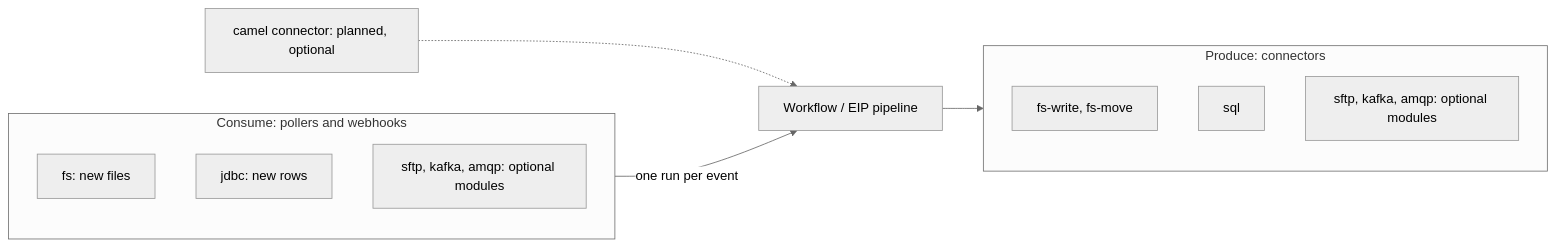
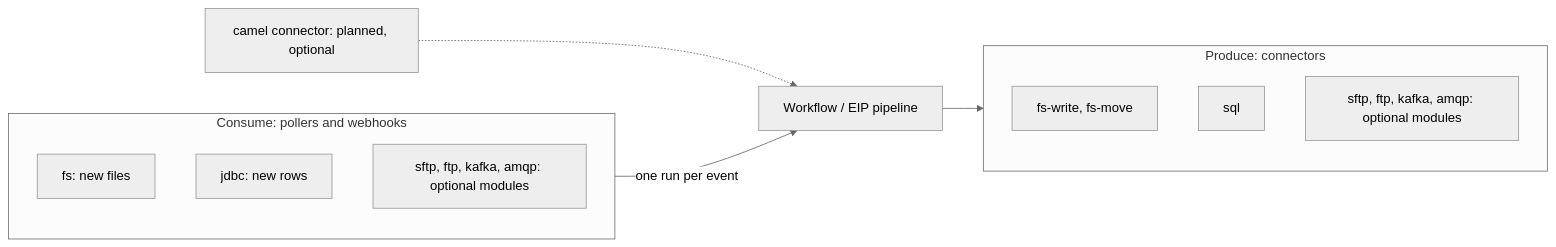
One commit to andalus-ai/wayang changed the diagram in docs/ENDPOINTS.md. Above: the diagram before and after it, drawn with Mermaid (neutral theme). The commit also changed other lines of this file and 15 other files, not shown here.

First line of the commit message:
endpoints: FTP/FTPS connectors and trigger as an optional module (commons-net)

````diff
--- a/docs/ENDPOINTS.md
+++ b/docs/ENDPOINTS.md
@@ -5,16 +5,16 @@
 ```mermaid
 flowchart LR
   subgraph in[Consume: pollers and webhooks]
     fsin[fs: new files]
     jdbcin[jdbc: new rows]
-    other[sftp, kafka, amqp: optional modules]
+    other[sftp, ftp, kafka, amqp: optional modules]
   end
   in -->|one run per event| wf[Workflow / EIP pipeline]
   wf --> out
   subgraph out[Produce: connectors]
     fsout[fs-write, fs-move]
     sqlout[sql]
-    otherout[sftp, kafka, amqp: optional modules]
+    otherout[sftp, ftp, kafka, amqp: optional modules]
   end
   camel[camel connector: planned, optional] -.-> wf
 ```
````
